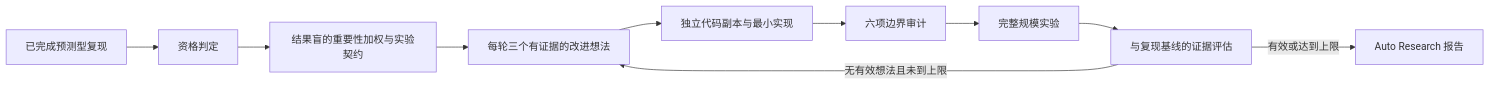
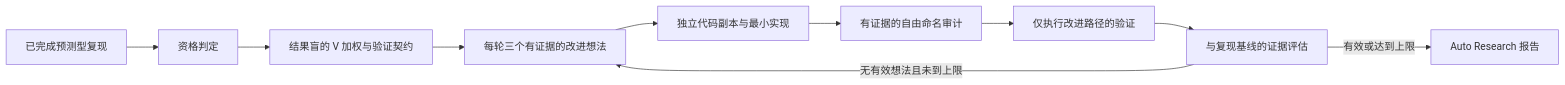
Before and after one commit to ruihanxx/medai: the fourth of 4 diagrams in README.md, drawn with Mermaid. The commit also changed other lines of this file and 19 other files, not shown here.

Commit message:
docs: finalize claim graph migration

```diff
--- a/README.md
+++ b/README.md
@@ -572,12 +573,12 @@
 ~~~mermaid
 flowchart LR
     A[已完成预测型复现] --> B[资格判定]
-    B --> C[结果盲的重要性加权与实验契约]
+    B --> C[结果盲的 V 加权与验证契约]
     C --> D[每轮三个有证据的改进想法]
     D --> E[独立代码副本与最小实现]
-    E --> F[六项边界审计]
-    F --> G[完整规模实验]
+    E --> F[有证据的自由命名审计]
+    F --> G[仅执行改进路径的验证]
     G --> H[与复现基线的证据评估]
     H -->|无有效想法且未到上限| D
     H -->|有效或达到上限| I[Auto Research 报告]
 ~~~
```
